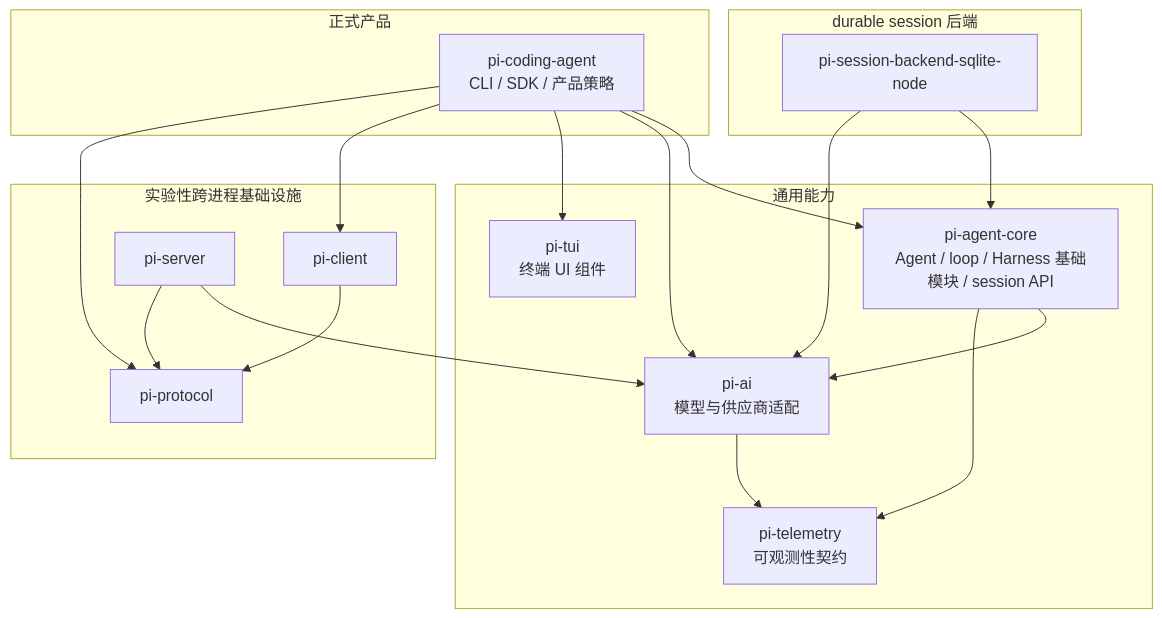
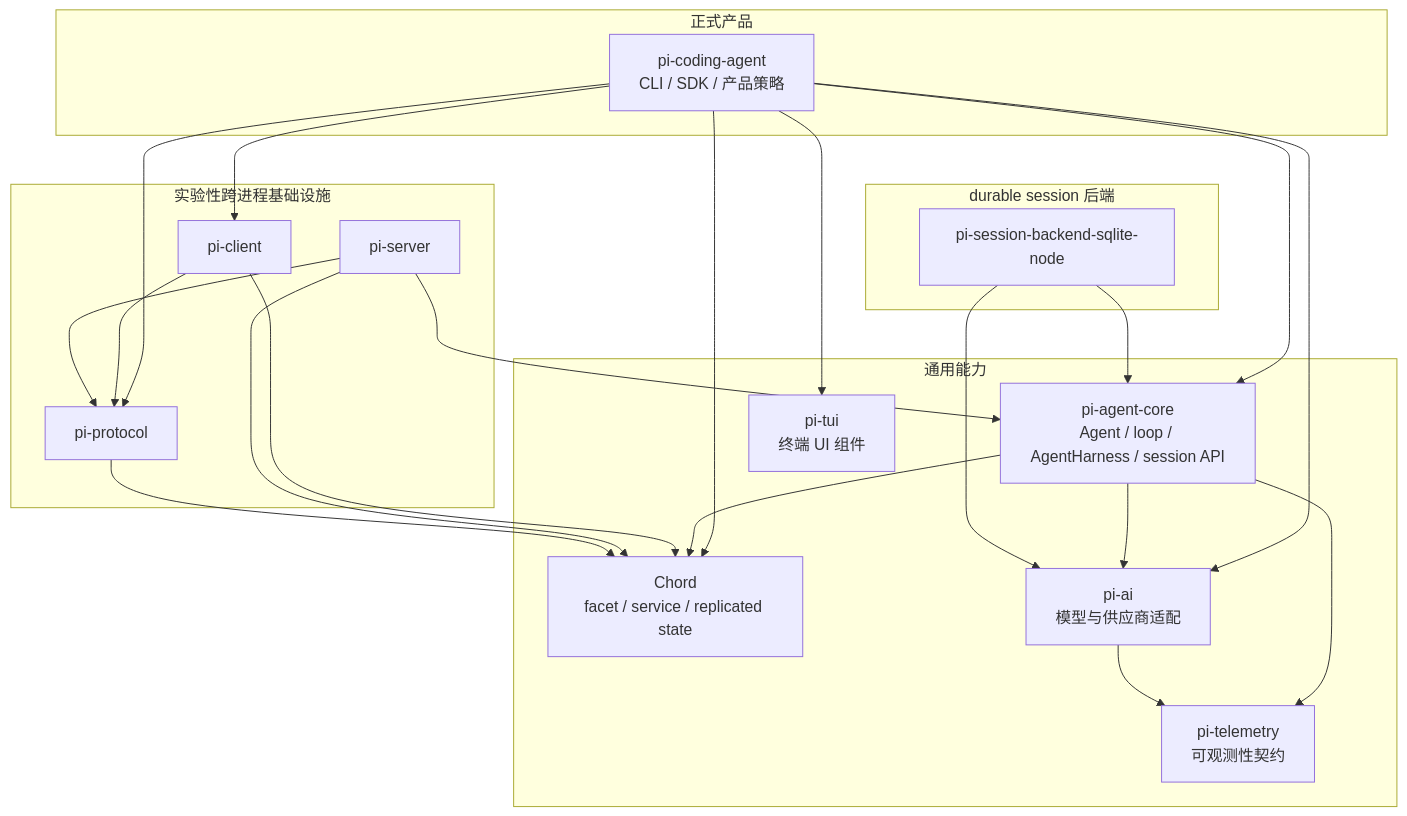
One commit to tcy1999/pi changed the second of 3 diagrams in architecture-analysis/01-architecture-overview.md. Above: the diagram before and after it, drawn with Mermaid. The commit also changed other lines of this file and 24 other files, not shown here.

````diff
--- a/architecture-analysis/01-architecture-overview.md
+++ b/architecture-analysis/01-architecture-overview.md
@@ -34,37 +39,43 @@
 ```mermaid
 flowchart TB
   subgraph PRODUCT["正式产品"]
     CODING["pi-coding-agent\nCLI / SDK / 产品策略"]
   end
 
   subgraph CORE["通用能力"]
-    AGENT["pi-agent-core\nAgent / loop / Harness 基础模块 / session API"]
+    CHORD["Chord\nfacet / service / replicated state"]
+    AGENT["pi-agent-core\nAgent / loop / AgentHarness / session API"]
     AI["pi-ai\n模型与供应商适配"]
     TUI["pi-tui\n终端 UI 组件"]
     TELEMETRY["pi-telemetry\n可观测性契约"]
   end
 
   subgraph CROSS_PROCESS["实验性跨进程基础设施"]
     CLIENT["pi-client"]
     SERVER["pi-server"]
     PROTOCOL["pi-protocol"]
   end
 
   subgraph STORAGE["durable session 后端"]
     SQLITE["pi-session-backend-sqlite-node"]
   end
 
   CODING --> AGENT
+  CODING --> CHORD
   CODING --> AI
   CODING --> TUI
   CODING --> CLIENT
   CODING --> PROTOCOL
   AGENT --> AI
+  AGENT --> CHORD
   AGENT --> TELEMETRY
   AI --> TELEMETRY
+  CLIENT --> CHORD
   CLIENT --> PROTOCOL
-  SERVER --> AI
+  SERVER --> CHORD
+  SERVER --> AGENT
   SERVER --> PROTOCOL
+  PROTOCOL --> CHORD
   SQLITE --> AGENT
   SQLITE --> AI
 ```
````
